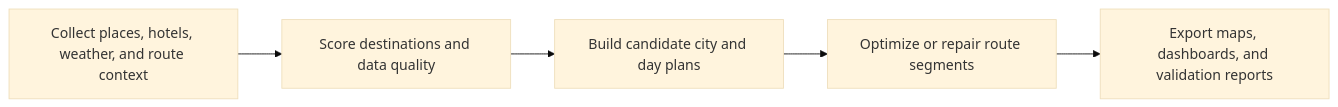
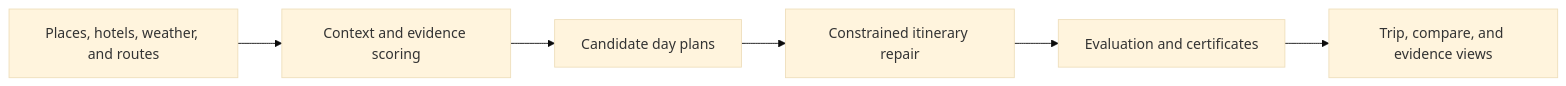
One commit to Ztang-Yit-Xiaang/weather-aware-travel-itinerary-optimization changed the diagram in README.md. Above: the diagram before and after it, drawn with Mermaid (base theme). The commit also changed other lines of this file and 797 other files, not shown here.

````diff
--- a/README.md
+++ b/README.md
@@ -119,7 +99,8 @@
 ```mermaid
 flowchart LR
-    A["Collect places, hotels, weather, and route context"] --> B["Score destinations and data quality"]
-    B --> C["Build candidate city and day plans"]
-    C --> D["Optimize or repair route segments"]
-    D --> E["Export maps, dashboards, and validation reports"]
+    A["Places, hotels, weather, and routes"] --> B["Context and evidence scoring"]
+    B --> C["Candidate day plans"]
+    C --> D["Constrained itinerary repair"]
+    D --> E["Evaluation and certificates"]
+    E --> F["Trip, compare, and evidence views"]
 ```
````
